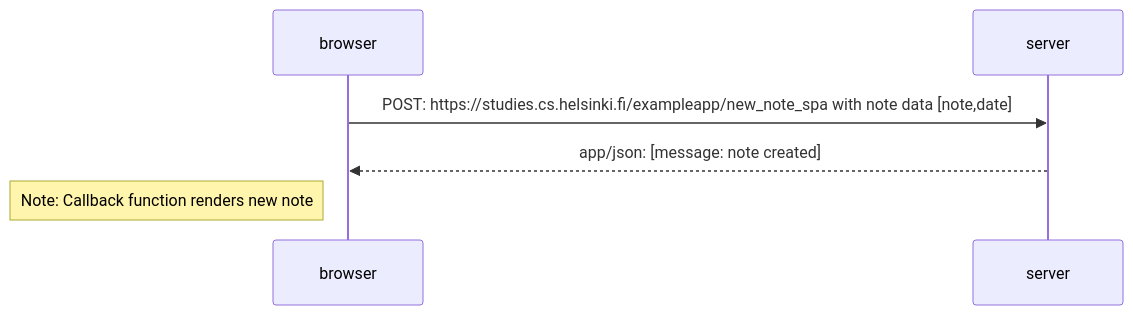
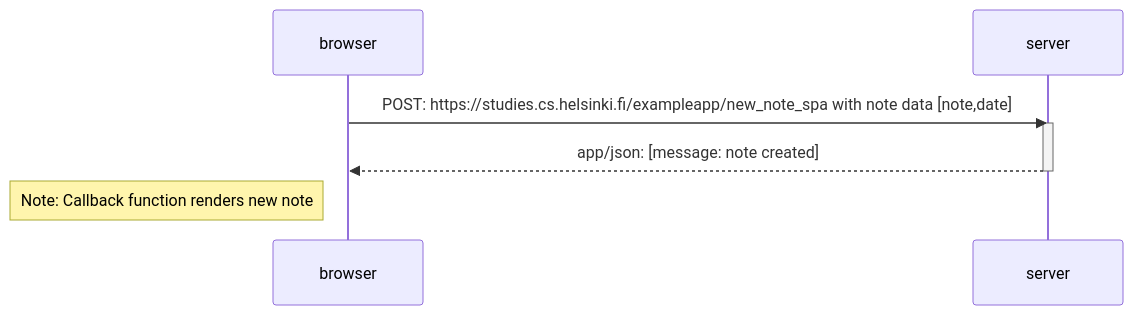
The diagram in part0/exercise0.6/e6.md (Eruasemo/fullstackopen), drawn with Mermaid before and after one commit.

````diff
--- a/part0/exercise0.6/e6.md
+++ b/part0/exercise0.6/e6.md
@@ -3,11 +3,13 @@
 ```mermaid
 sequenceDiagram
 participant browser
 participant server
 
  browser ->> server: POST: https://studies.cs.helsinki.fi/exampleapp/new_note_spa with note data [note,date]
+activate server
  server -->> browser: app/json: [message: note created]
+deactivate server
 
 note left of browser: Note: Callback function renders new note
 
 ```
````
